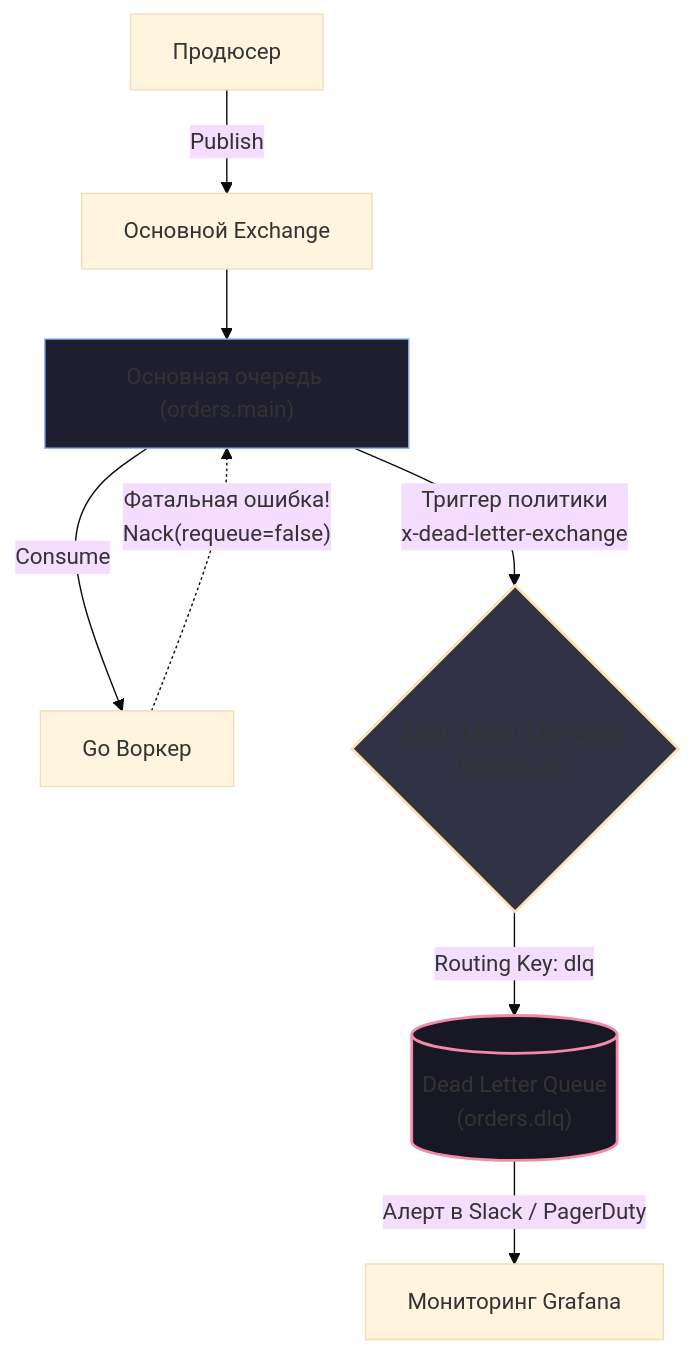
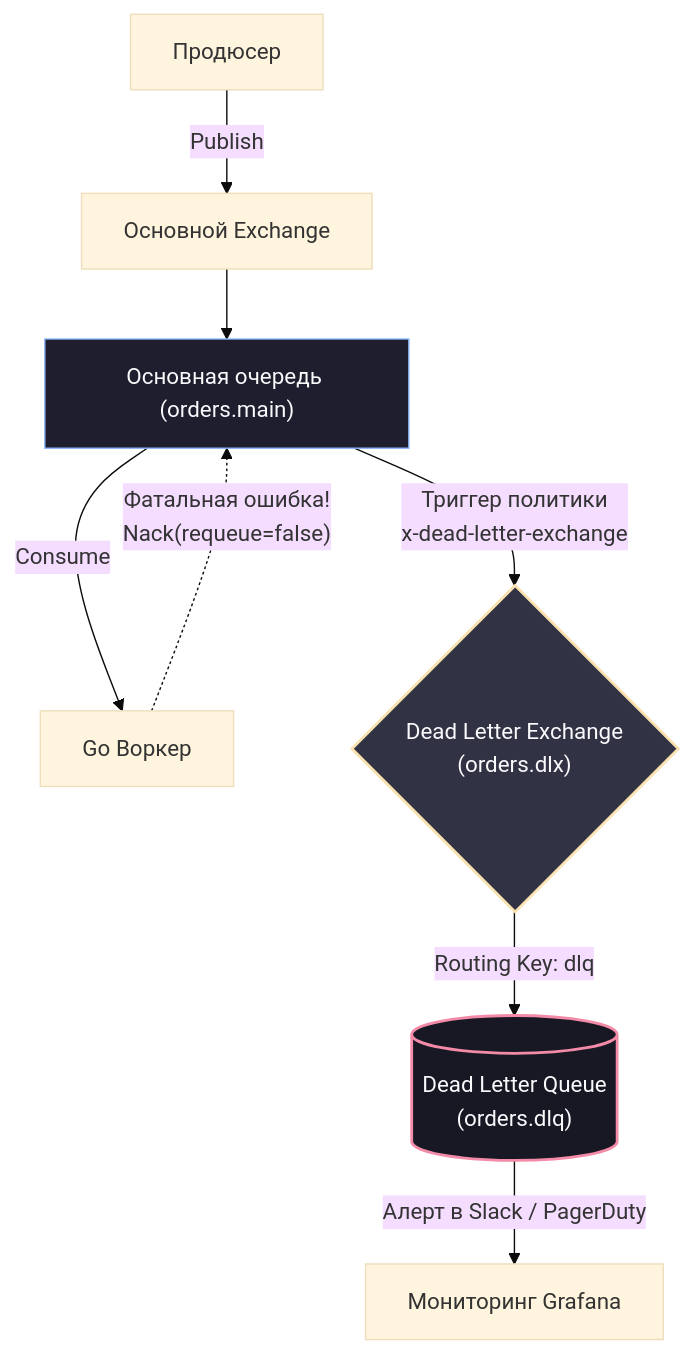
One commit to UnrealTemplier/go-textbook changed the second of 2 diagrams in sources/13. Очереди, брокеры сообщений и оркестраторы/01. Фундамент асинхронности/8. Dead Letter Queue.md. Above: the diagram before and after it, drawn with Mermaid (base theme). The commit also changed 310 other files, not shown here.

First line of the commit message:
fix(mermaid): replace light fill colors with dark palette for readability on dark theme

````diff
--- a/sources/13. Очереди, брокеры сообщений и оркестраторы/01. Фундамент асинхронности/8. Dead Letter Queue.md
+++ b/sources/13. Очереди, брокеры сообщений и оркестраторы/01. Фундамент асинхронности/8. Dead Letter Queue.md
@@ -92,15 +92,15 @@
 ```mermaid
 flowchart TD
     P["Продюсер"] -->|"Publish"| EX["Основной Exchange"]
     EX --> MQ["Основная очередь (orders.main)"]
     MQ -->|"Consume"| W["Go Воркер"]
 
     W -.->|"Фатальная ошибка!<br>Nack(requeue=false)"| MQ
     MQ -->|"Триггер политики<br>x-dead-letter-exchange"| DLX{"Dead Letter Exchange<br>(orders.dlx)"}
     DLX -->|"Routing Key: dlq"| DLQ[("Dead Letter Queue<br>(orders.dlq)")]
     DLQ -->|"Алерт в Slack / PagerDuty"| Mon["Мониторинг Grafana"]
 
-    style MQ fill:#1e1e2e,stroke:#89b4fa,stroke-width:1px
-    style DLX fill:#313244,stroke:#f9e2af,stroke-width:2px
-    style DLQ fill:#181825,stroke:#f38ba8,stroke-width:2px
+    style MQ fill:#1e1e2e,stroke:#89b4fa,stroke-width:1px,color:#f8fafc
+    style DLX fill:#313244,stroke:#f9e2af,stroke-width:2px,color:#f8fafc
+    style DLQ fill:#181825,stroke:#f38ba8,stroke-width:2px,color:#f8fafc
 ```
````
